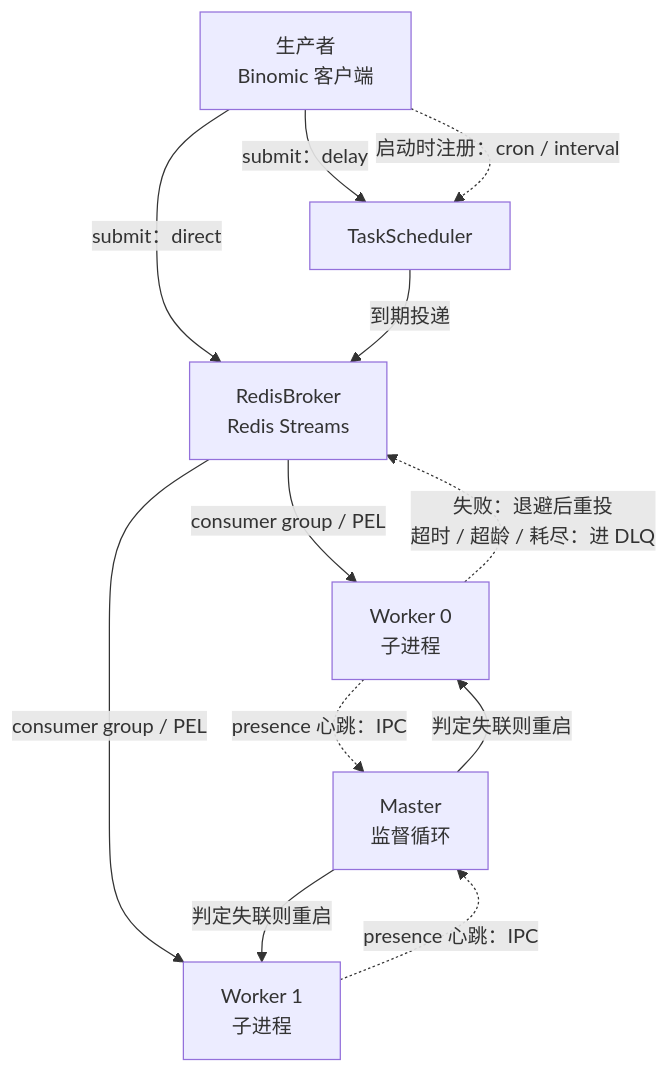
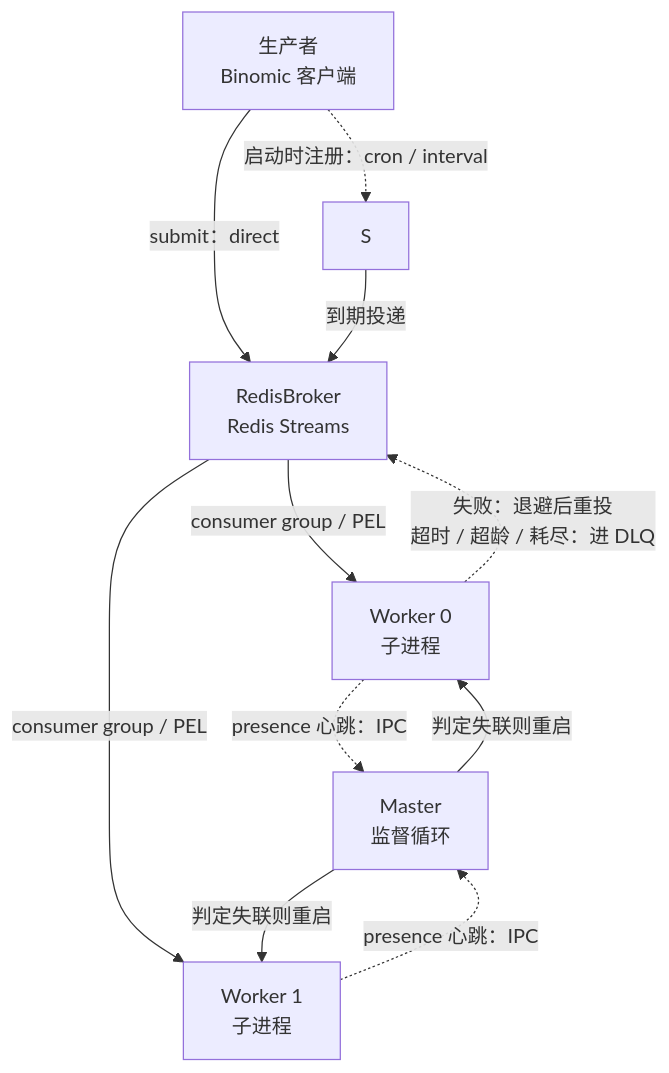
The diagram in README.md (Ahsen17/binomic), drawn with Mermaid before and after one commit. The commit also changed other lines of this file and 13 other files, not shown here.

````diff
--- a/README.md
+++ b/README.md
@@ -145,14 +142,13 @@
 ```mermaid
 flowchart TD
     P[生产者<br>Binomic 客户端] -->|submit：direct| B[RedisBroker<br>Redis Streams]
-    P -->|submit：delay| S[TaskScheduler]
     P -.->|启动时注册：cron / interval| S
     S -->|到期投递| B
     B -->|consumer group / PEL| W1[Worker 0<br>子进程]
     B -->|consumer group / PEL| W2[Worker 1<br>子进程]
     W1 -.->|失败：退避后重投<br>超时 / 超龄 / 耗尽：进 DLQ| B
     M[Master<br>监督循环] -->|判定失联则重启| W1
     M -->|判定失联则重启| W2
     W1 -.->|presence 心跳：IPC| M
     W2 -.->|presence 心跳：IPC| M
 ```
````
